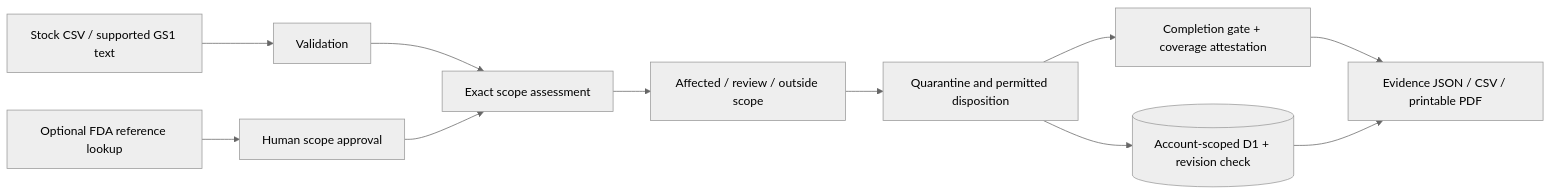
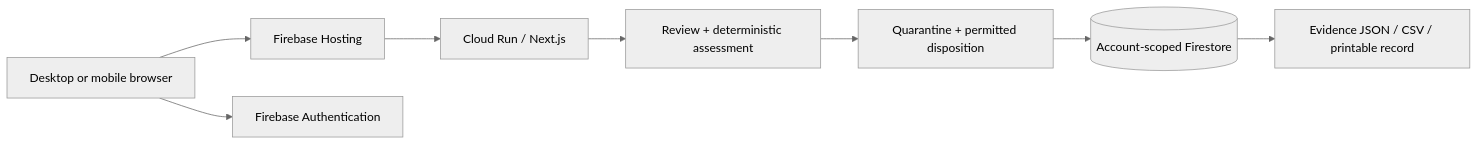
One commit to shi1720/lotline-hack2heal changed the diagram in README.md. Above: the diagram before and after it, drawn with Mermaid (neutral theme). The commit also changed other lines of this file and 54 other files, not shown here.

Commit message:
Add Firebase deployment, account sign-in and isolated inventory workspaces

````diff
--- a/README.md
+++ b/README.md
@@ -102,13 +103,10 @@
 ```mermaid
 flowchart LR
-  CSV[Stock CSV / supported GS1 text] --> V[Validation]
-  FDA[Optional FDA reference lookup] --> H[Human scope approval]
-  V --> M[Exact scope assessment]
-  H --> M
-  M --> A[Affected / review / outside scope]
-  A --> Q[Quarantine and permitted disposition]
-  Q --> G[Completion gate + coverage attestation]
-  G --> E[Evidence JSON / CSV / printable PDF]
-  Q --> D[(Account-scoped D1 + revision check)]
-  D --> E
+  U[Desktop or mobile browser] --> H[Firebase Hosting]
+  U --> A[Firebase Authentication]
+  H --> R[Cloud Run / Next.js]
+  R --> V[Review + deterministic assessment]
+  V --> Q[Quarantine + permitted disposition]
+  Q --> F[(Account-scoped Firestore)]
+  F --> E[Evidence JSON / CSV / printable record]
 ```
````
